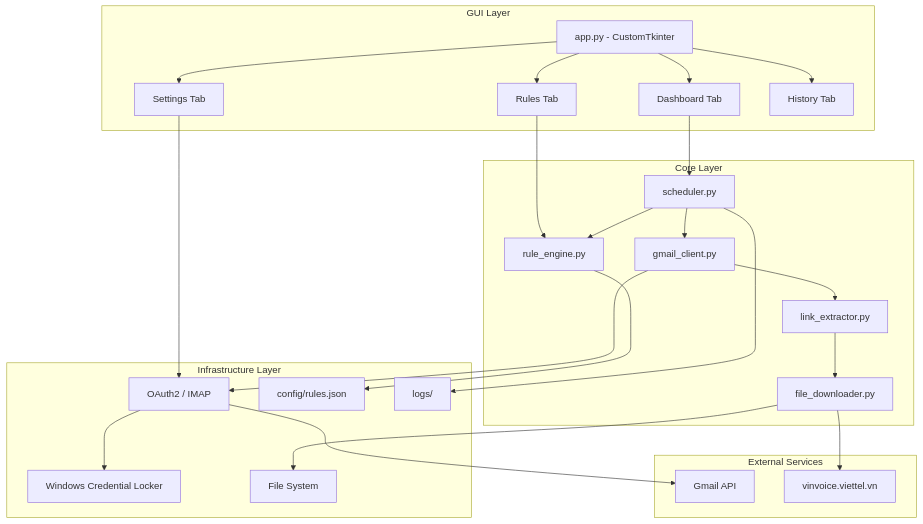
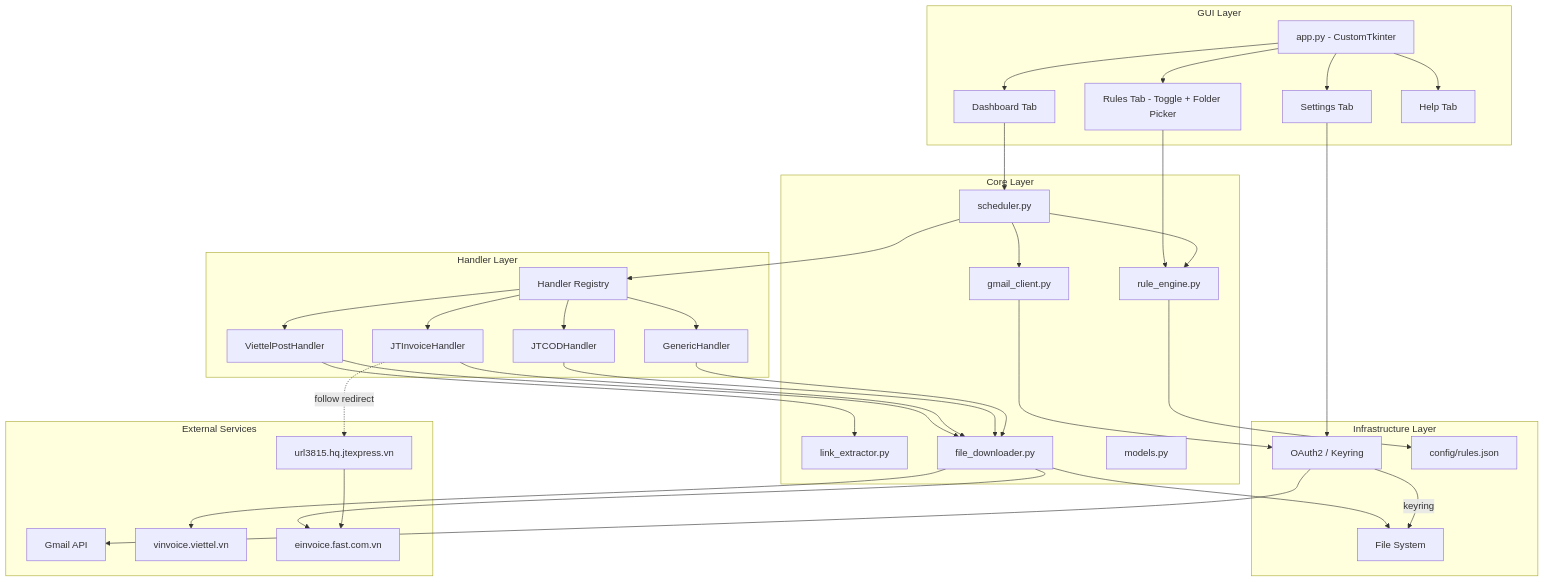
Before and after one commit to websiteallship/tool_ext_auto_load_mail_vtp: the first of 2 diagrams in docs/ARCH_system_architecture.md, drawn with Mermaid. The commit also changed other lines of this file and 27 other files, not shown here.

````diff
--- a/docs/ARCH_system_architecture.md
+++ b/docs/ARCH_system_architecture.md
@@ -13,47 +13,60 @@
 ```mermaid
 graph TB
     subgraph "GUI Layer"
         APP[app.py - CustomTkinter]
         TAB_DASH[Dashboard Tab]
-        TAB_RULES[Rules Tab]
+        TAB_RULES[Rules Tab - Toggle + Folder Picker]
         TAB_SETTINGS[Settings Tab]
-        TAB_HISTORY[History Tab]
+        TAB_HELP[Help Tab]
+    end
+
+    subgraph "Handler Layer"
+        REGISTRY[Handler Registry]
+        H_VTP[ViettelPostHandler]
+        H_JTI[JTInvoiceHandler]
+        H_JTC[JTCODHandler]
+        H_GEN[GenericHandler]
     end
 
     subgraph "Core Layer"
         GMAIL[gmail_client.py]
         LINK[link_extractor.py]
         DOWNLOAD[file_downloader.py]
         RULE[rule_engine.py]
         SCHED[scheduler.py]
+        MODELS[models.py]
     end
 
     subgraph "Infrastructure Layer"
-        AUTH[OAuth2 / IMAP]
-        STORE[Windows Credential Locker]
+        AUTH[OAuth2 / Keyring]
         FS[File System]
         CONFIG[config/rules.json]
-        LOG[logs/]
     end
 
     subgraph "External Services"
         GMAIL_API[Gmail API]
         VIETTEL[vinvoice.viettel.vn]
+        FAST[einvoice.fast.com.vn]
+        JT_TRACK[url3815.hq.jtexpress.vn]
     end
 
-    APP --> TAB_DASH & TAB_RULES & TAB_SETTINGS & TAB_HISTORY
+    APP --> TAB_DASH & TAB_RULES & TAB_SETTINGS & TAB_HELP
     TAB_DASH --> SCHED
     TAB_RULES --> RULE
     TAB_SETTINGS --> AUTH
     
-    SCHED --> GMAIL & RULE
+    SCHED --> GMAIL & RULE & REGISTRY
+    REGISTRY --> H_VTP & H_JTI & H_JTC & H_GEN
     GMAIL --> AUTH --> GMAIL_API
-    GMAIL --> LINK
-    LINK --> DOWNLOAD
-    DOWNLOAD --> FS
-    DOWNLOAD --> VIETTEL
     
-    AUTH --> STORE
+    H_VTP --> LINK & DOWNLOAD
+    H_JTI --> DOWNLOAD
+    H_JTC --> DOWNLOAD
+    H_GEN --> DOWNLOAD
+    
+    DOWNLOAD --> FS & VIETTEL & FAST
+    H_JTI -.->|follow redirect| JT_TRACK --> FAST
+    
+    AUTH --> |keyring| FS
     RULE --> CONFIG
-    SCHED --> LOG
 ```
````
